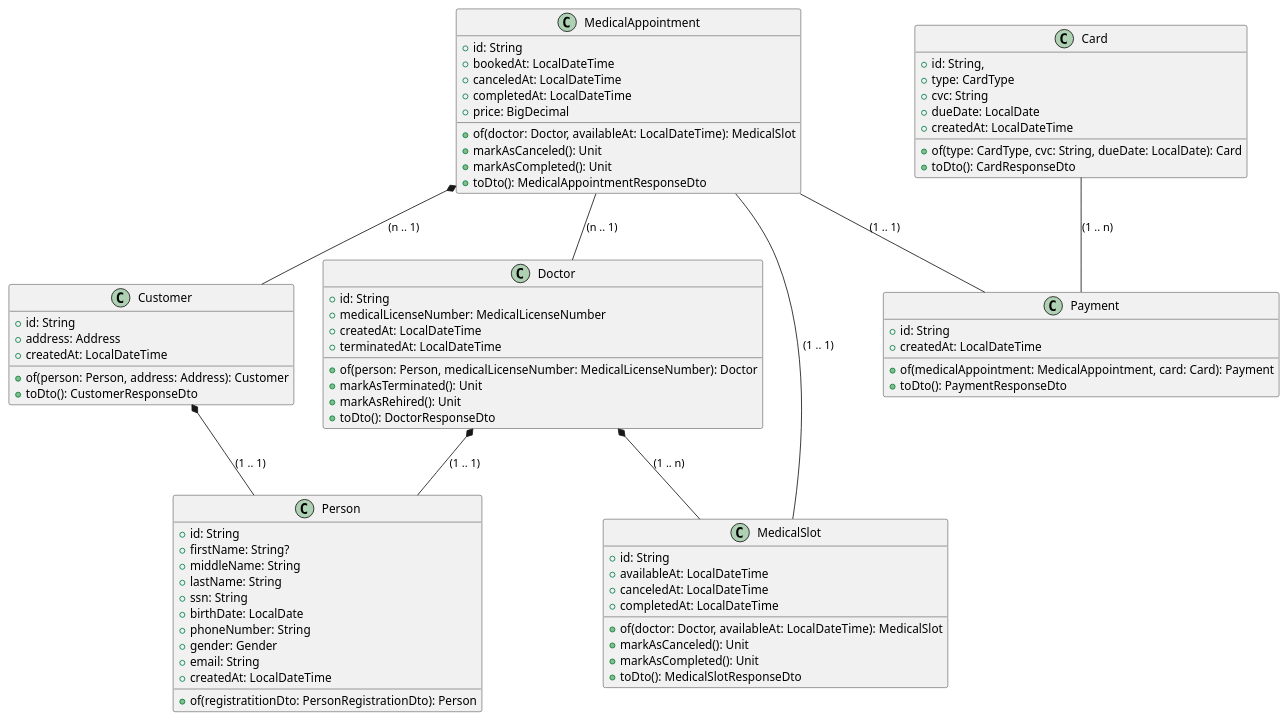
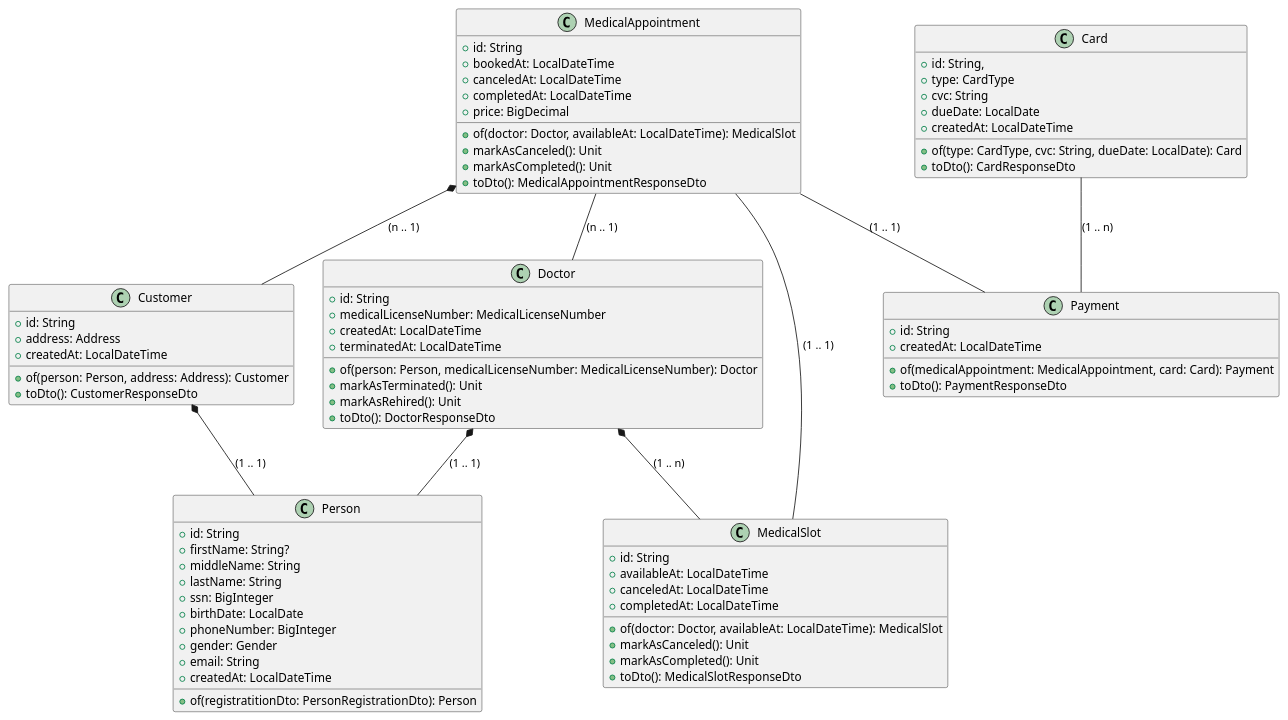
One commit to LazaroDamasceno/Dissertacao-Mestrado changed the diagram in codes/class_diagram_code.wsd. Above: the diagram before and after it, drawn with PlantUML. The commit also changed 6 other files, not shown here.

```diff
--- a/codes/class_diagram_code.wsd
+++ b/codes/class_diagram_code.wsd
@@ -1,92 +1,92 @@
 @startuml
 
 class "Person" {
  +id: String
  +firstName: String?
  +middleName: String
  +lastName: String
- +ssn: String
+ +ssn: BigInteger
  +birthDate: LocalDate
- +phoneNumber: String
+ +phoneNumber: BigInteger
  +gender: Gender
  +email: String
  +createdAt: LocalDateTime
  
  +of(registratitionDto: PersonRegistrationDto): Person
 }
 
 class "Customer" {
  +id: String
  +address: Address
  +createdAt: LocalDateTime
  
  +of(person: Person, address: Address): Customer
  +toDto(): CustomerResponseDto
 }
 
 class "Doctor" {
  +id: String
  +medicalLicenseNumber: MedicalLicenseNumber
  +createdAt: LocalDateTime
  +terminatedAt: LocalDateTime
  
  +of(person: Person, medicalLicenseNumber: MedicalLicenseNumber): Doctor
  +markAsTerminated(): Unit
  +markAsRehired(): Unit
  +toDto(): DoctorResponseDto
 }
 
 class "MedicalSlot" {
   +id: String
   +availableAt: LocalDateTime
   +canceledAt: LocalDateTime
   +completedAt: LocalDateTime
   
   +of(doctor: Doctor, availableAt: LocalDateTime): MedicalSlot
   +markAsCanceled(): Unit
   +markAsCompleted(): Unit
   +toDto(): MedicalSlotResponseDto
 }
 
 class "MedicalAppointment" {
   +id: String
   +bookedAt: LocalDateTime
   +canceledAt: LocalDateTime
   +completedAt: LocalDateTime
   +price: BigDecimal
   
   +of(doctor: Doctor, availableAt: LocalDateTime): MedicalSlot
   +markAsCanceled(): Unit
   +markAsCompleted(): Unit
   +toDto(): MedicalAppointmentResponseDto
 }
 
 class "Card" {
   +id: String,
   +type: CardType
   +cvc: String
   +dueDate: LocalDate
   +createdAt: LocalDateTime
   
   +of(type: CardType, cvc: String, dueDate: LocalDate): Card
   +toDto(): CardResponseDto
 }
 
 class "Payment" {
   +id: String
   +createdAt: LocalDateTime
   
   + of(medicalAppointment: MedicalAppointment, card: Card): Payment
   +toDto(): PaymentResponseDto
 }
 
 Customer *-- Person: "(1 .. 1)"
 Doctor *-- Person: "(1 .. 1)"
 Doctor *-- MedicalSlot: "(1 .. n)"
 MedicalAppointment -- Doctor: "(n .. 1)"
 MedicalAppointment *-- Customer: "(n .. 1)"
 MedicalSlot -- MedicalAppointment: "(1 .. 1)"
 Card -- Payment: "(1 .. n)"
 MedicalAppointment -- Payment: "(1 .. 1)"
 
 @enduml
```
